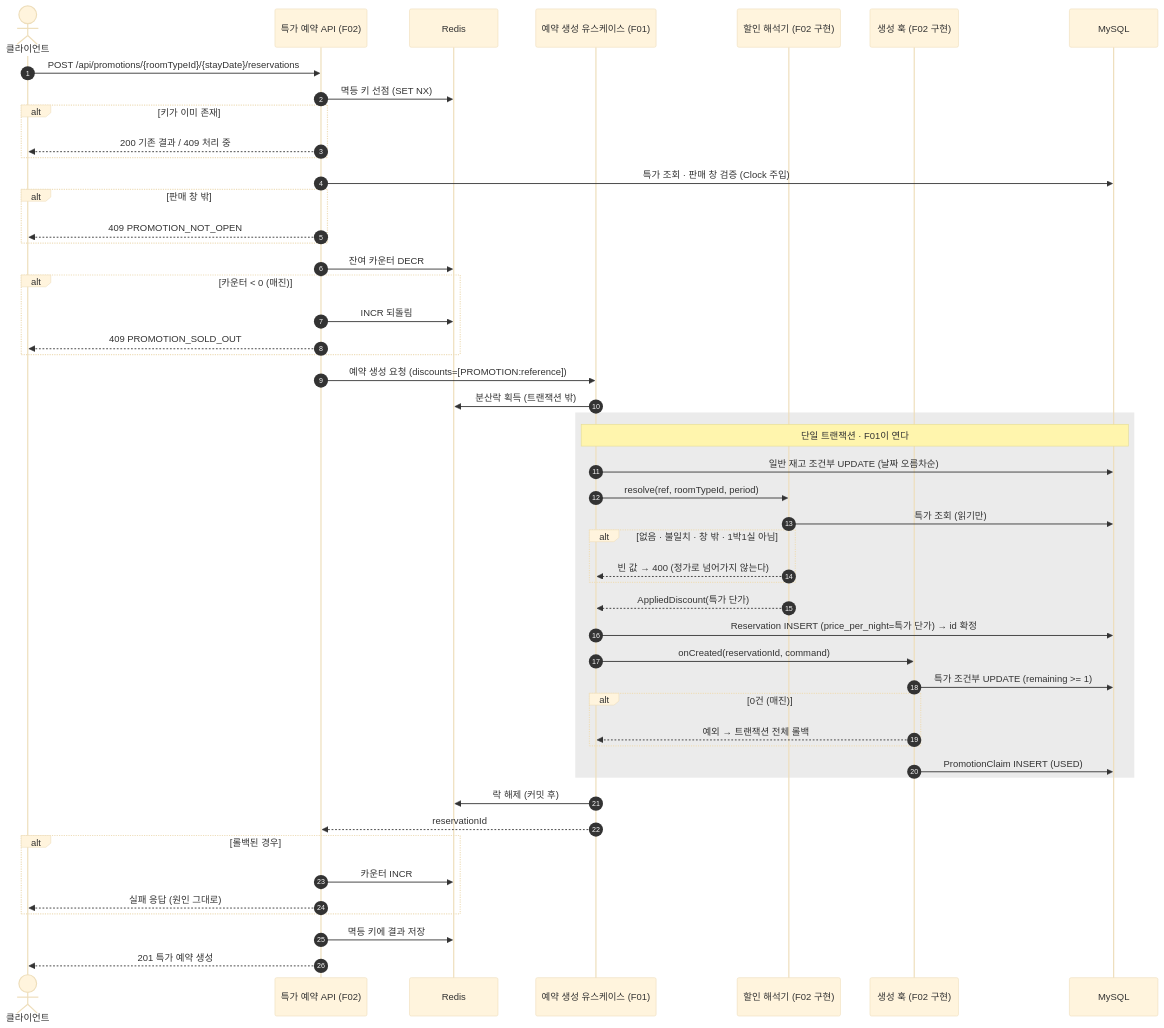
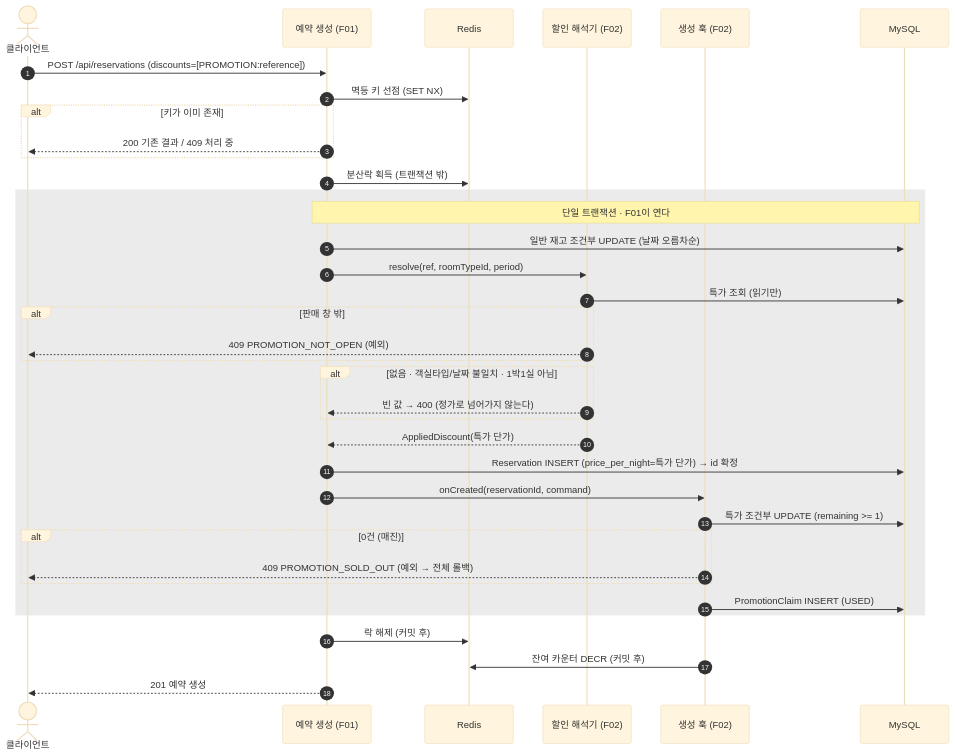
The fourth of 5 diagrams in docs/spec/F02-선착순-프로모션.md (Diocto/pms), drawn with Mermaid (base theme) before and after one commit. The commit also changed other lines of this file and 1 other file, not shown here.

First line of the commit message:
docs: F02 API를 discounts 방식으로 교정하고 홀드 설계 잔재 정리

````diff
--- a/docs/spec/F02-선착순-프로모션.md
+++ b/docs/spec/F02-선착순-프로모션.md
@@ -401,53 +411,40 @@
 ```mermaid
 sequenceDiagram
     autonumber
     actor C as 클라이언트
-    participant API as 특가 예약 API (F02)
+    participant F1 as 예약 생성 (F01)
     participant R as Redis
-    participant F1 as 예약 생성 유스케이스 (F01)
-    participant RS as 할인 해석기 (F02 구현)
-    participant H as 생성 훅 (F02 구현)
+    participant RS as 할인 해석기 (F02)
+    participant H as 생성 훅 (F02)
     participant DB as MySQL
 
-    C->>API: POST /api/promotions/{roomTypeId}/{stayDate}/reservations
-    API->>R: 멱등 키 선점 (SET NX)
+    C->>F1: POST /api/reservations (discounts=[PROMOTION:reference])
+    F1->>R: 멱등 키 선점 (SET NX)
     alt 키가 이미 존재
-        API-->>C: 200 기존 결과 / 409 처리 중
+        F1-->>C: 200 기존 결과 / 409 처리 중
     end
-    API->>DB: 특가 조회 · 판매 창 검증 (Clock 주입)
-    alt 판매 창 밖
-        API-->>C: 409 PROMOTION_NOT_OPEN
-    end
-    API->>R: 잔여 카운터 DECR
-    alt 카운터 < 0 (매진)
-        API->>R: INCR 되돌림
-        API-->>C: 409 PROMOTION_SOLD_OUT
-    end
-    API->>F1: 예약 생성 요청 (discounts=[PROMOTION:reference])
     F1->>R: 분산락 획득 (트랜잭션 밖)
     rect rgb(235, 235, 235)
         note over F1,DB: 단일 트랜잭션 · F01이 연다
         F1->>DB: 일반 재고 조건부 UPDATE (날짜 오름차순)
         F1->>RS: resolve(ref, roomTypeId, period)
         RS->>DB: 특가 조회 (읽기만)
-        alt 없음 · 불일치 · 창 밖 · 1박1실 아님
+        alt 판매 창 밖
+            RS-->>C: 409 PROMOTION_NOT_OPEN (예외)
+        end
+        alt 없음 · 객실타입/날짜 불일치 · 1박1실 아님
             RS-->>F1: 빈 값 → 400 (정가로 넘어가지 않는다)
         end
         RS-->>F1: AppliedDiscount(특가 단가)
         F1->>DB: Reservation INSERT (price_per_night=특가 단가) → id 확정
         F1->>H: onCreated(reservationId, command)
         H->>DB: 특가 조건부 UPDATE (remaining >= 1)
         alt 0건 (매진)
-            H-->>F1: 예외 → 트랜잭션 전체 롤백
+            H-->>C: 409 PROMOTION_SOLD_OUT (예외 → 전체 롤백)
         end
         H->>DB: PromotionClaim INSERT (USED)
     end
     F1->>R: 락 해제 (커밋 후)
-    F1-->>API: reservationId
-    alt 롤백된 경우
-        API->>R: 카운터 INCR
-        API-->>C: 실패 응답 (원인 그대로)
-    end
-    API->>R: 멱등 키에 결과 저장
-    API-->>C: 201 특가 예약 생성
+    H->>R: 잔여 카운터 DECR (커밋 후)
+    F1-->>C: 201 예약 생성
 ```
````
